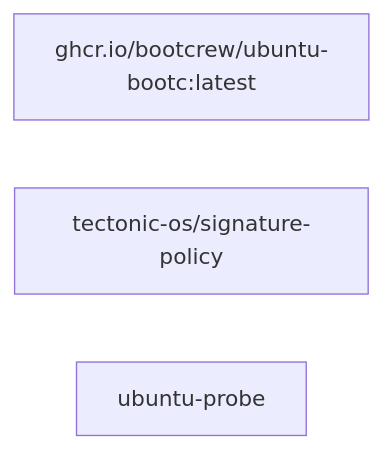
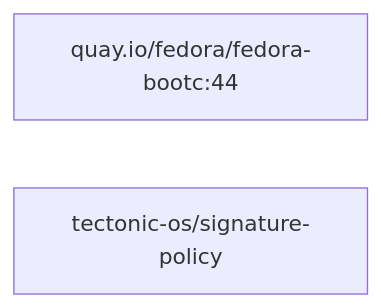
One commit to tectonic-os/proving-ground changed the diagram in generated/proving-ground.graph.md. Above: the diagram before and after it, drawn with Mermaid. The commit also changed other lines of this file and 7 other files, not shown here.

````diff
--- a/generated/proving-ground.graph.md
+++ b/generated/proving-ground.graph.md
@@ -9,6 +9,5 @@
 ```mermaid
 graph LR
-    base["ghcr.io/bootcrew/ubuntu-bootc:latest"]
+    base["quay.io/fedora/fedora-bootc:44"]
     m0["tectonic-os/signature-policy"]
-    m1["ubuntu-probe"]
 ```
````
